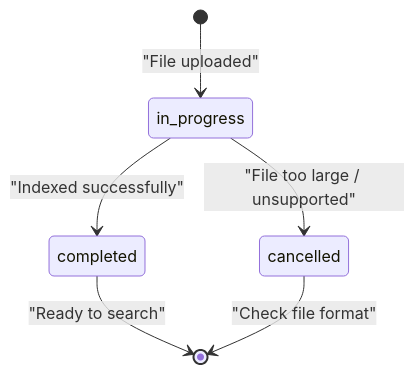
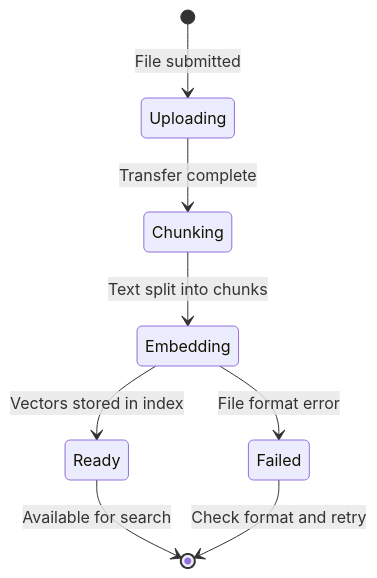
One commit to vuanhtu1993/vuanhtu1993.github.io changed the second of 7 diagrams in docs/azure-ai/part-5-lowcode/L2-knowledge-base-ui.md. Above: the diagram before and after it, drawn with Mermaid. The commit also changed other lines of this file and 8 other files, not shown here.

````diff
--- a/docs/azure-ai/part-5-lowcode/L2-knowledge-base-ui.md
+++ b/docs/azure-ai/part-5-lowcode/L2-knowledge-base-ui.md
@@ -116,8 +132,11 @@
 ```mermaid
 stateDiagram-v2
-    [*] --> in_progress : "File uploaded"
-    in_progress --> completed : "Indexed successfully"
-    in_progress --> cancelled : "File too large / unsupported"
-    completed --> [*] : "Ready to search"
-    cancelled --> [*] : "Check file format"
+    [*] --> Uploading : File submitted
+    Uploading --> Chunking : Transfer complete
+    Chunking --> Embedding : Text split into chunks
+    Embedding --> Ready : Vectors stored in index
+    Embedding --> Failed : File format error
+
+    Ready --> [*] : Available for search
+    Failed --> [*] : Check format and retry
 ```
````
